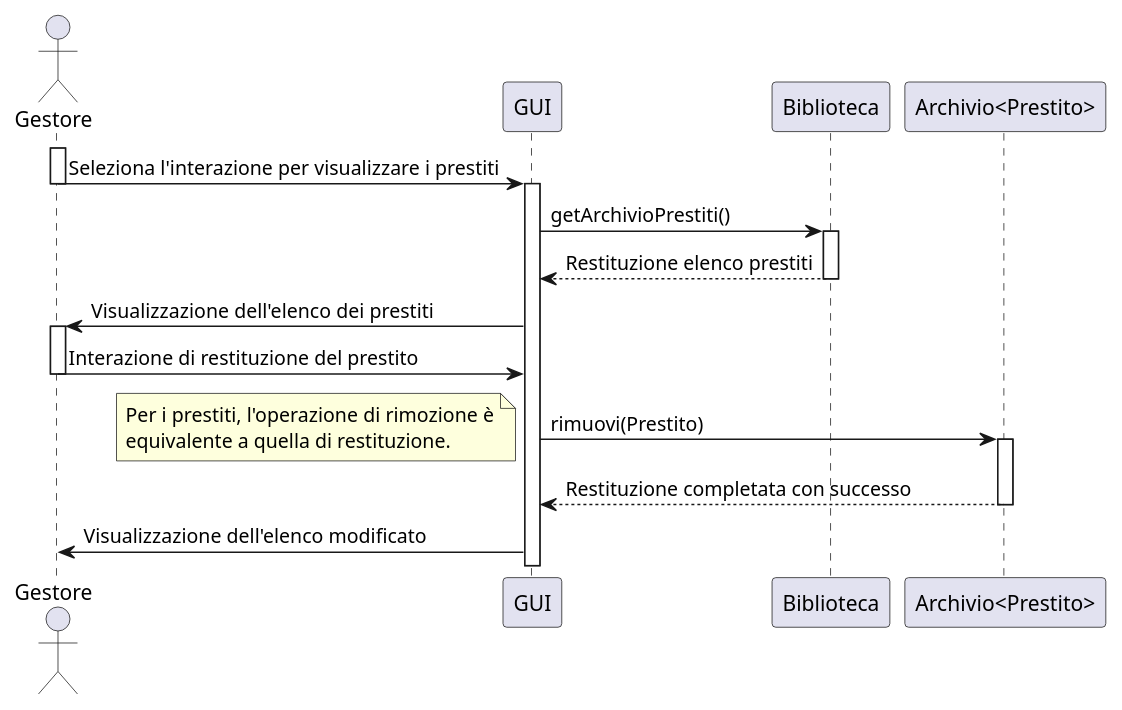
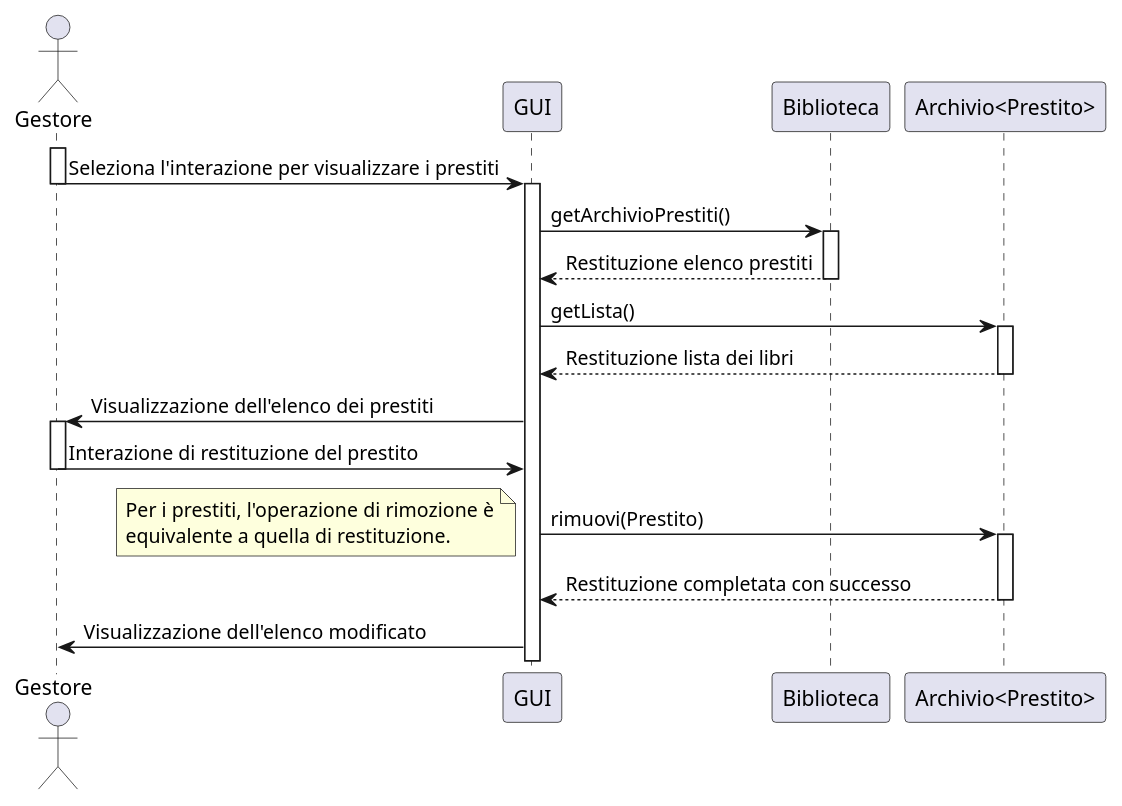
The diagram in docs/uml/DiagrammiSequenza/UMLRimuoviPrestito.puml (Meziu/easylibrary), drawn with PlantUML before and after one commit. The commit also changed 7 other files, not shown here.

Commit message:
Nuovi diagrammi design

```diff
--- a/docs/uml/DiagrammiSequenza/UMLRimuoviPrestito.puml
+++ b/docs/uml/DiagrammiSequenza/UMLRimuoviPrestito.puml
@@ -1,31 +1,37 @@
 @startuml
 actor Gestore as G
 participant "GUI" as UI
 participant "Biblioteca" as B
 participant "Archivio<Prestito>" as A
 
 activate G
 G -> UI : Seleziona l'interazione per visualizzare i prestiti
 deactivate G
 activate UI
 
 UI -> B : getArchivioPrestiti()
 activate B
 B --> UI : Restituzione elenco prestiti
 deactivate B
+UI -> A : getLista()
+activate A
+A --> UI : Restituzione lista dei libri
+deactivate A
+
+
 UI -> G : Visualizzazione dell'elenco dei prestiti
 activate G
 
 '-- Restituzione prestito --
 G -> UI : Interazione di restituzione del prestito
 deactivate G
 UI -> A : rimuovi(Prestito)
 note left
 Per i prestiti, l'operazione di rimozione è
 equivalente a quella di restituzione.
 endnote
 activate A
 A --> UI : Restituzione completata con successo
 deactivate A
 UI -> G : Visualizzazione dell'elenco modificato
 @enduml
```
